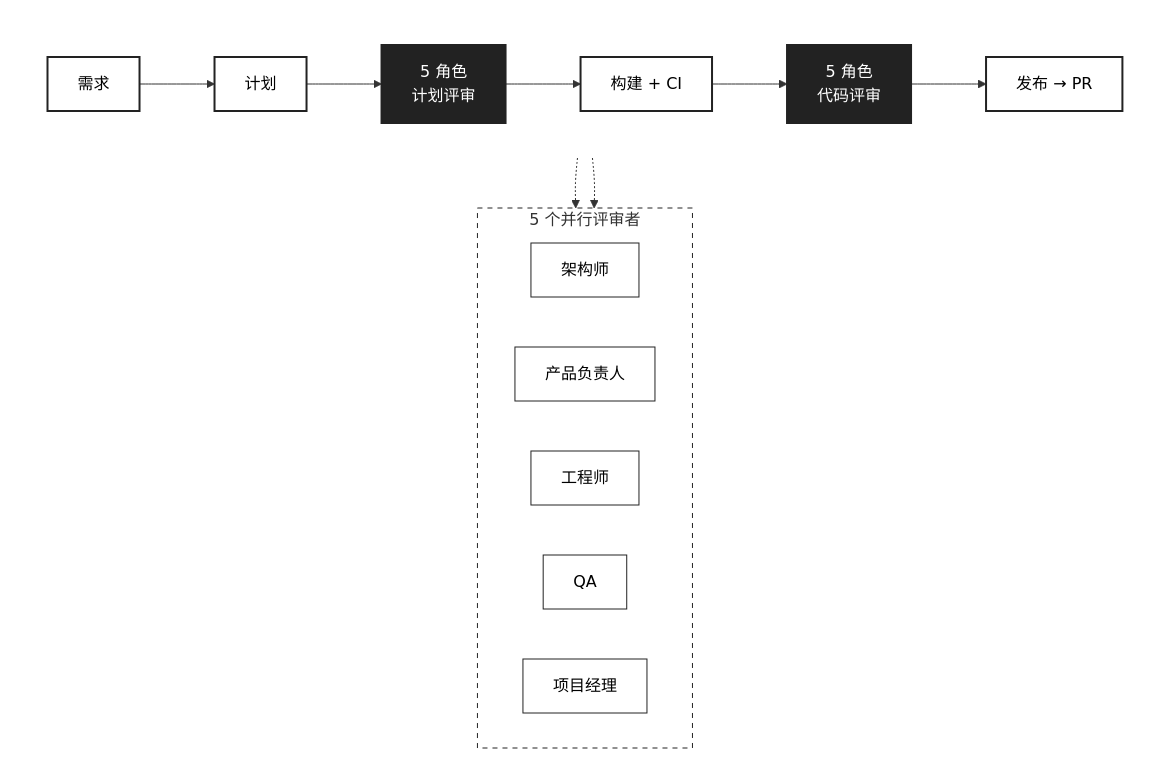
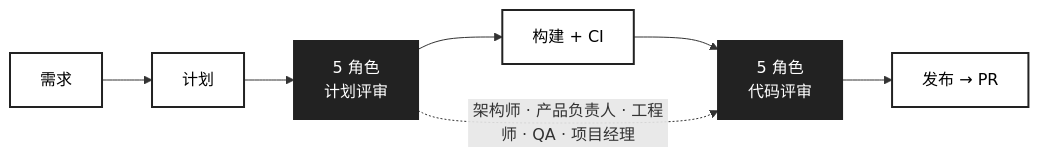
The second of 3 diagrams in README.zh-CN.md (arthaszeng/harness-flow), drawn with Mermaid before and after one commit. The commit also changed 1 other file, not shown here.

Commit message:
docs(readme): flatten flow diagram — remove subgraph nesting, use inline role labels (#93)
Replace tall TB+subgraph layout with pure LR flowchart. The 5 reviewer
roles are now shown as an inline label on the dotted arc between
plan-review and code-review, eliminating the separate reviewer subgraph
that doubled the diagram height.

Made-with: Cursor

````diff
--- a/README.zh-CN.md
+++ b/README.zh-CN.md
@@ -93,37 +93,17 @@
 ```mermaid
-flowchart TB
-  subgraph pipeline [" "]
-    direction LR
-    Req["需求"] --> Plan["计划"]
-    Plan --> PlanReview["5 角色\n计划评审"]
-    PlanReview --> Build["构建 + CI"]
-    Build --> CodeReview["5 角色\n代码评审"]
-    CodeReview --> Ship["发布 → PR"]
-  end
+flowchart LR
+  Req["需求"] --> Plan["计划"]
+  Plan --> PlanReview["5 角色\n计划评审"]
+  PlanReview --> Build["构建 + CI"]
+  Build --> CodeReview["5 角色\n代码评审"]
+  CodeReview --> Ship["发布 → PR"]
 
-  subgraph reviewers ["5 个并行评审者"]
-    direction LR
-    A["架构师"]
-    PO["产品负责人"]
-    Eng["工程师"]
-    Q["QA"]
-    PM["项目经理"]
-  end
+  PlanReview -.->|"架构师 · 产品负责人 · 工程师 · QA · 项目经理"| CodeReview
 
-  PlanReview -.-> reviewers
-  CodeReview -.-> reviewers
-
-  style pipeline fill:none,stroke:none
   style Req fill:#fff,stroke:#222,stroke-width:2px,color:#000
   style Plan fill:#fff,stroke:#222,stroke-width:2px,color:#000
   style PlanReview fill:#222,stroke:#222,stroke-width:2px,color:#fff
   style Build fill:#fff,stroke:#222,stroke-width:2px,color:#000
   style CodeReview fill:#222,stroke:#222,stroke-width:2px,color:#fff
   style Ship fill:#fff,stroke:#222,stroke-width:2px,color:#000
-  style reviewers fill:none,stroke:#222,stroke-width:1px,stroke-dasharray: 5 5
-  style A fill:#fff,stroke:#222,stroke-width:1px,color:#000
-  style PO fill:#fff,stroke:#222,stroke-width:1px,color:#000
-  style Eng fill:#fff,stroke:#222,stroke-width:1px,color:#000
-  style Q fill:#fff,stroke:#222,stroke-width:1px,color:#000
-  style PM fill:#fff,stroke:#222,stroke-width:1px,color:#000
 ```
````
